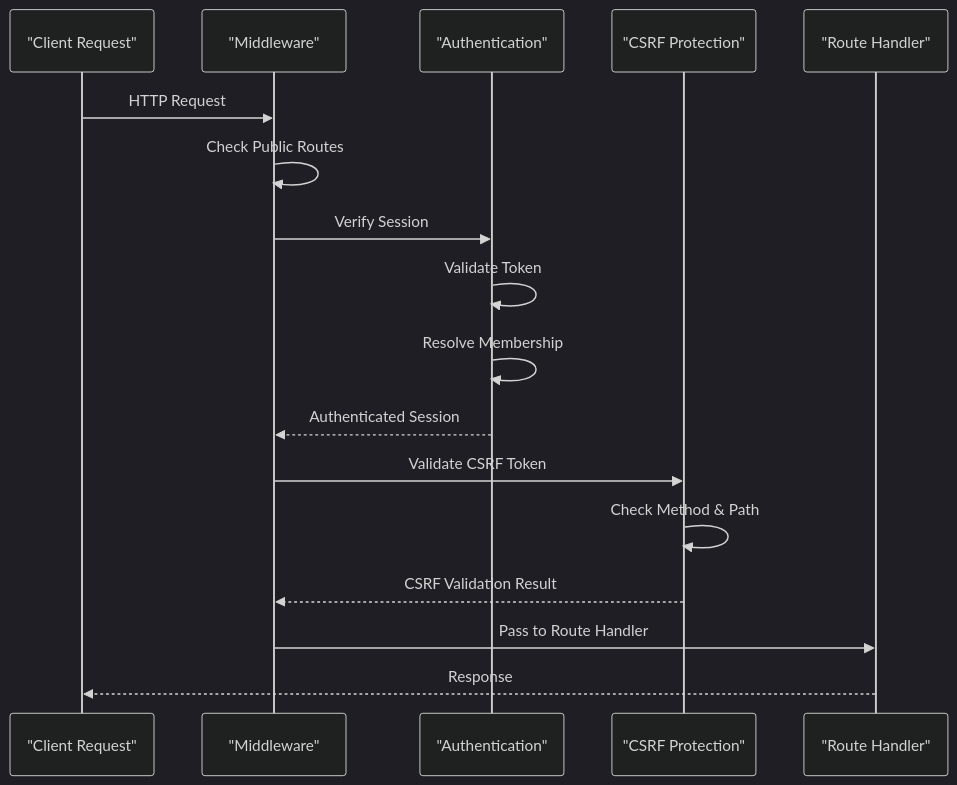
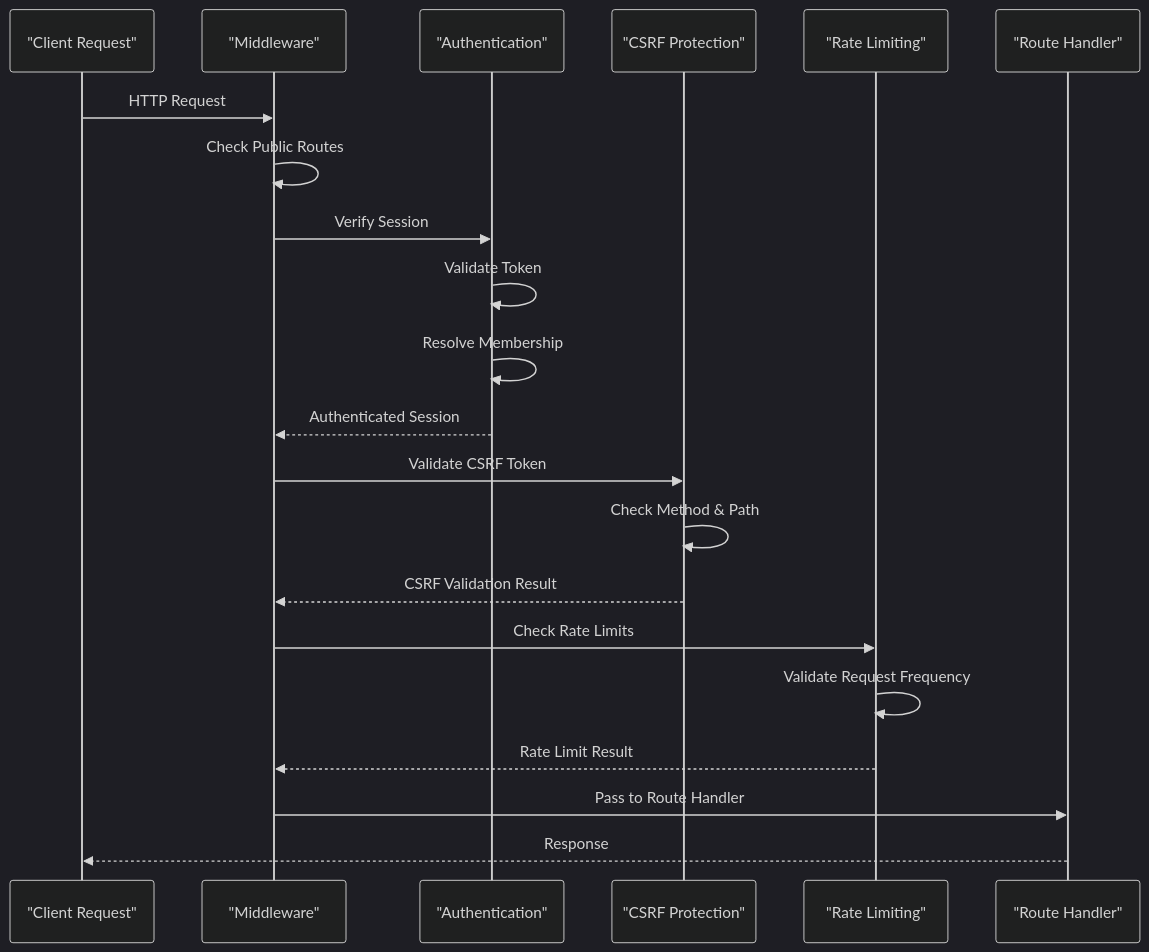
Before and after one commit to nzey11/erp-new: diagram 12 of 13 in .qoder/repowiki/en/content/Architecture Overview/Multi-Tenant Architecture.md, drawn with Mermaid (dark theme). The commit also changed other lines of this file and 46 other files, not shown here.

````diff
--- a/.qoder/repowiki/en/content/Architecture Overview/Multi-Tenant Architecture.md
+++ b/.qoder/repowiki/en/content/Architecture Overview/Multi-Tenant Architecture.md
@@ -335,19 +670,23 @@
 ```mermaid
 sequenceDiagram
 participant Client as "Client Request"
 participant Middleware as "Middleware"
 participant Auth as "Authentication"
 participant CSRF as "CSRF Protection"
+participant RateLimit as "Rate Limiting"
 participant Handler as "Route Handler"
 Client->>Middleware : HTTP Request
 Middleware->>Middleware : Check Public Routes
 Middleware->>Auth : Verify Session
 Auth->>Auth : Validate Token
 Auth->>Auth : Resolve Membership
 Auth-->>Middleware : Authenticated Session
 Middleware->>CSRF : Validate CSRF Token
 CSRF->>CSRF : Check Method & Path
 CSRF-->>Middleware : CSRF Validation Result
+Middleware->>RateLimit : Check Rate Limits
+RateLimit->>RateLimit : Validate Request Frequency
+RateLimit-->>Middleware : Rate Limit Result
 Middleware->>Handler : Pass to Route Handler
 Handler-->>Client : Response
 ```
````
